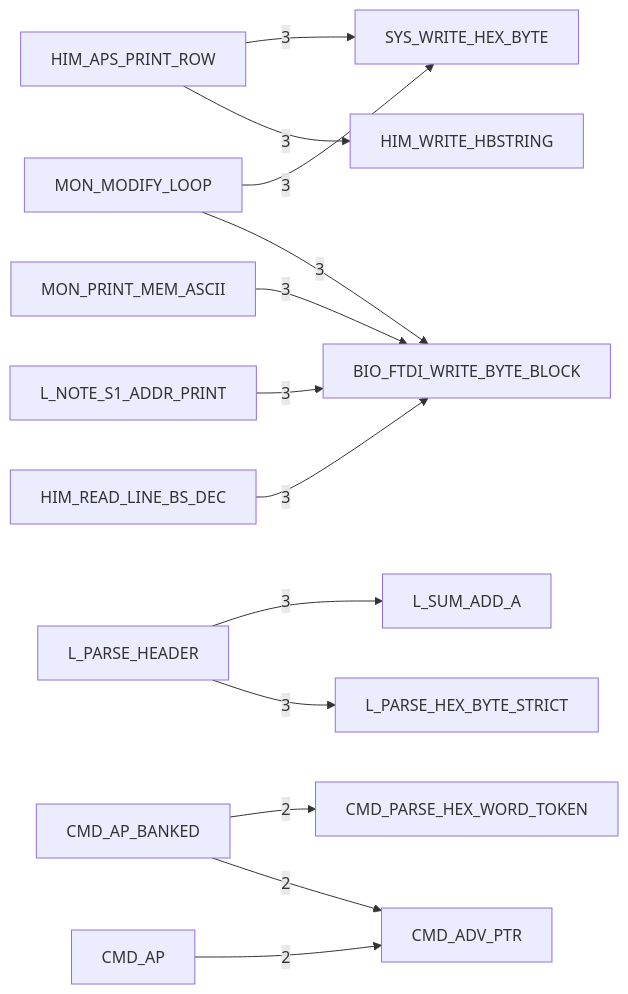
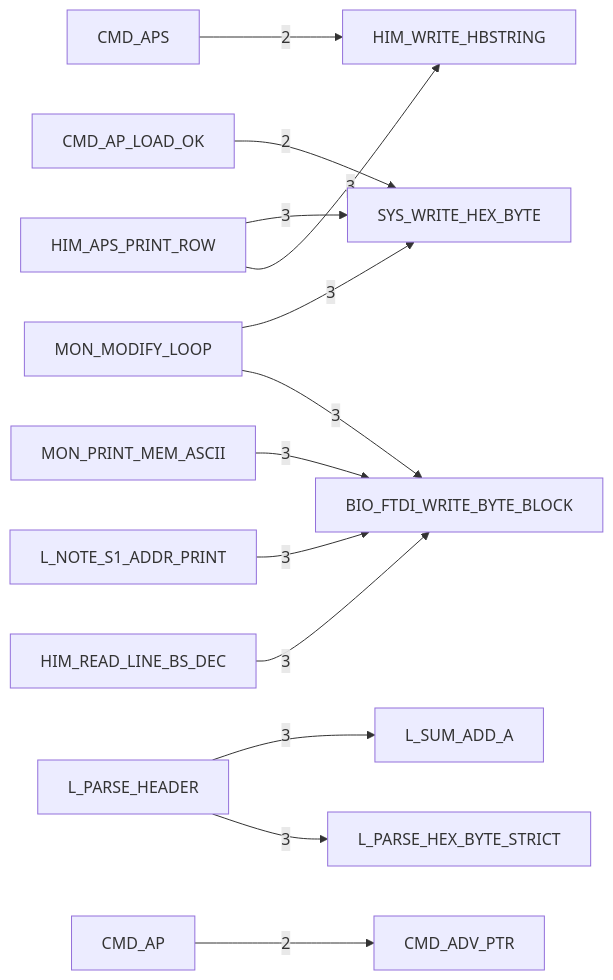
The third of 6 diagrams in DOC/GENERATED/HIMON_ROUTINE_TREE.md (95westus/R-YORS), drawn with Mermaid before and after one commit. The commit also changed other lines of this file and 29 other files, not shown here.

````diff
--- a/DOC/GENERATED/HIMON_ROUTINE_TREE.md
+++ b/DOC/GENERATED/HIMON_ROUTINE_TREE.md
@@ -44,15 +44,15 @@
 ```mermaid
 flowchart LR
     N_HIM_APS_PRINT_ROW[HIM_APS_PRINT_ROW] -->|3| N_HIM_WRITE_HBSTRING[HIM_WRITE_HBSTRING]
     N_HIM_APS_PRINT_ROW[HIM_APS_PRINT_ROW] -->|3| N_SYS_WRITE_HEX_BYTE[SYS_WRITE_HEX_BYTE]
     N_HIM_READ_LINE_BS_DEC[HIM_READ_LINE_BS_DEC] -->|3| N_BIO_FTDI_WRITE_BYTE_BLOCK[BIO_FTDI_WRITE_BYTE_BLOCK]
     N_L_NOTE_S1_ADDR_PRINT[L_NOTE_S1_ADDR_PRINT] -->|3| N_BIO_FTDI_WRITE_BYTE_BLOCK[BIO_FTDI_WRITE_BYTE_BLOCK]
     N_L_PARSE_HEADER[L_PARSE_HEADER] -->|3| N_L_PARSE_HEX_BYTE_STRICT[L_PARSE_HEX_BYTE_STRICT]
     N_L_PARSE_HEADER[L_PARSE_HEADER] -->|3| N_L_SUM_ADD_A[L_SUM_ADD_A]
     N_MON_MODIFY_LOOP[MON_MODIFY_LOOP] -->|3| N_BIO_FTDI_WRITE_BYTE_BLOCK[BIO_FTDI_WRITE_BYTE_BLOCK]
     N_MON_MODIFY_LOOP[MON_MODIFY_LOOP] -->|3| N_SYS_WRITE_HEX_BYTE[SYS_WRITE_HEX_BYTE]
     N_MON_PRINT_MEM_ASCII[MON_PRINT_MEM_ASCII] -->|3| N_BIO_FTDI_WRITE_BYTE_BLOCK[BIO_FTDI_WRITE_BYTE_BLOCK]
     N_CMD_AP[CMD_AP] -->|2| N_CMD_ADV_PTR[CMD_ADV_PTR]
-    N_CMD_AP_BANKED[CMD_AP_BANKED] -->|2| N_CMD_ADV_PTR[CMD_ADV_PTR]
-    N_CMD_AP_BANKED[CMD_AP_BANKED] -->|2| N_CMD_PARSE_HEX_WORD_TOKEN[CMD_PARSE_HEX_WORD_TOKEN]
+    N_CMD_AP_LOAD_OK[CMD_AP_LOAD_OK] -->|2| N_SYS_WRITE_HEX_BYTE[SYS_WRITE_HEX_BYTE]
+    N_CMD_APS[CMD_APS] -->|2| N_HIM_WRITE_HBSTRING[HIM_WRITE_HBSTRING]
 ```
````
